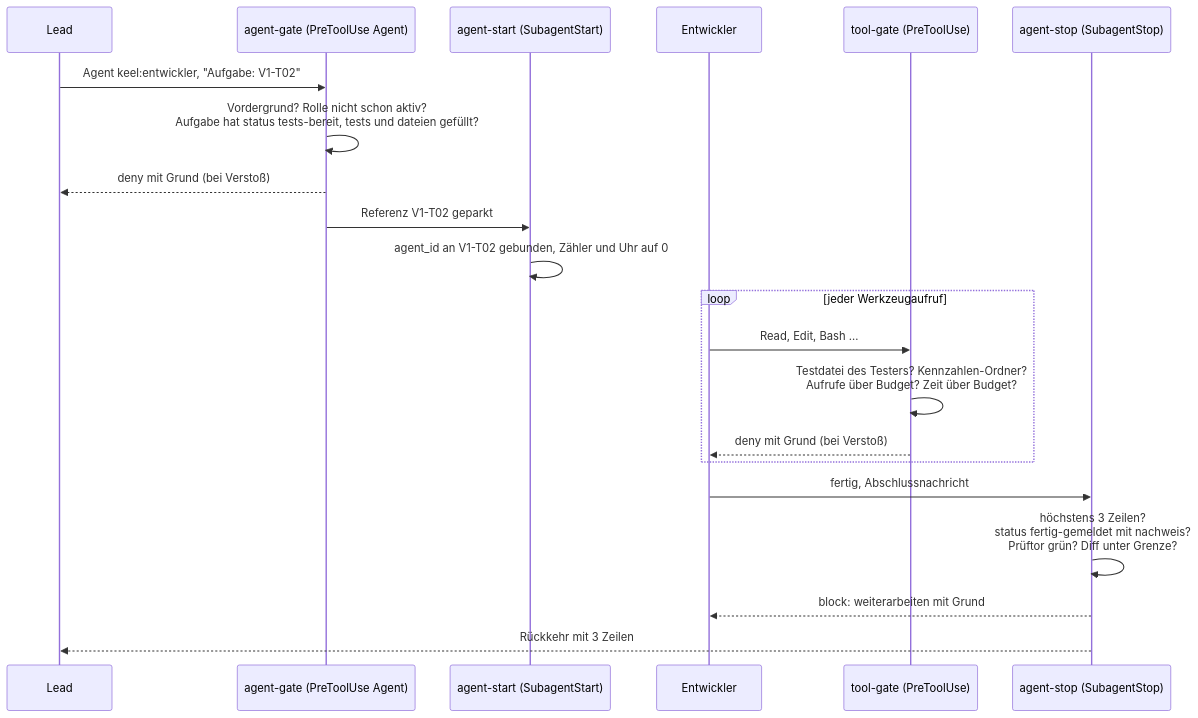
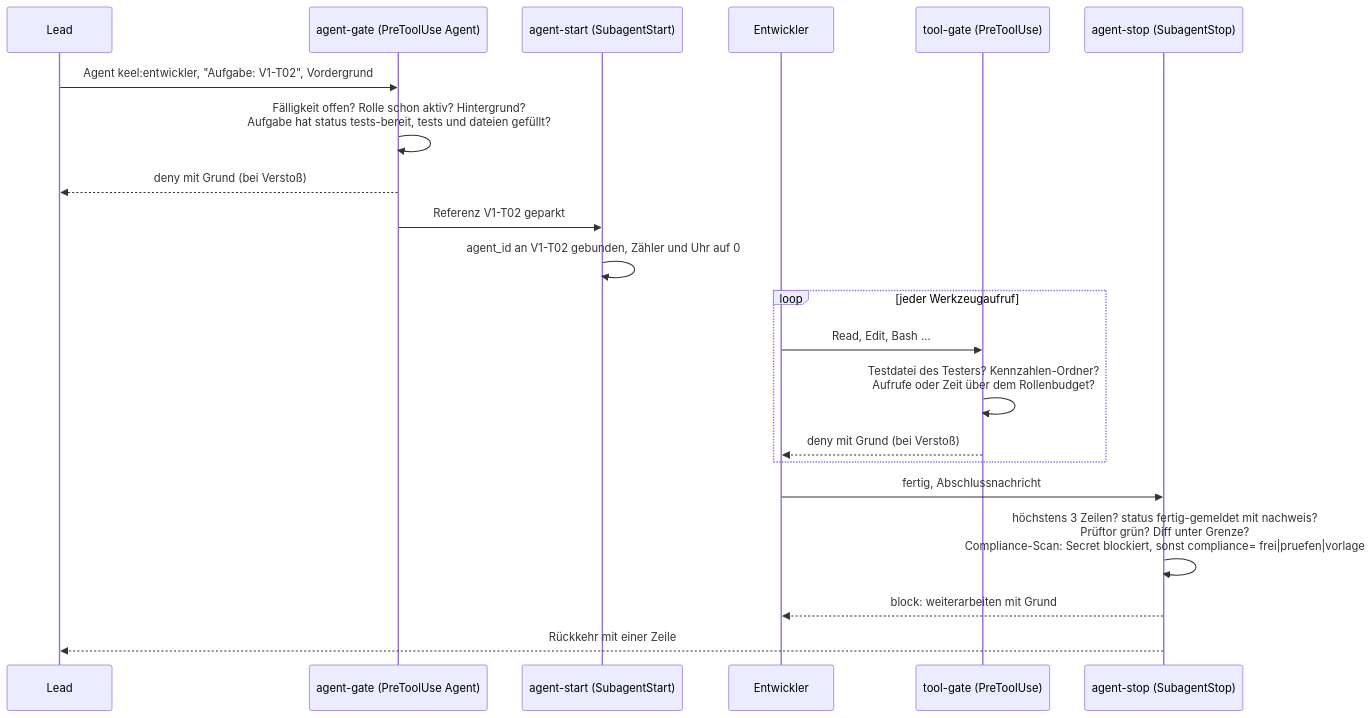
Before and after one commit to xXExceptionXx/keel: the sixth of 7 diagrams in docs/system.md, drawn with Mermaid. The commit also changed other lines of this file and 10 other files, not shown here.

First line of the commit message:
Review pass: docs and diagrams for 0.9, dead ends closed

````diff
--- a/docs/system.md
+++ b/docs/system.md
@@ -114,24 +157,24 @@
 ```mermaid
 sequenceDiagram
     participant L as Lead
     participant G as agent-gate (PreToolUse Agent)
     participant S as agent-start (SubagentStart)
     participant D as Entwickler
     participant T as tool-gate (PreToolUse)
     participant E as agent-stop (SubagentStop)
 
-    L->>G: Agent keel:entwickler, "Aufgabe: V1-T02"
-    G->>G: Vordergrund? Rolle nicht schon aktiv?<br/>Aufgabe hat status tests-bereit, tests und dateien gefüllt?
+    L->>G: Agent keel:entwickler, "Aufgabe: V1-T02", Vordergrund
+    G->>G: Fälligkeit offen? Rolle schon aktiv? Hintergrund?<br/>Aufgabe hat status tests-bereit, tests und dateien gefüllt?
     G-->>L: deny mit Grund (bei Verstoß)
     G->>S: Referenz V1-T02 geparkt
     S->>S: agent_id an V1-T02 gebunden, Zähler und Uhr auf 0
     loop jeder Werkzeugaufruf
         D->>T: Read, Edit, Bash …
-        T->>T: Testdatei des Testers? Kennzahlen-Ordner?<br/>Aufrufe über Budget? Zeit über Budget?
+        T->>T: Testdatei des Testers? Kennzahlen-Ordner?<br/>Aufrufe oder Zeit über dem Rollenbudget?
         T-->>D: deny mit Grund (bei Verstoß)
     end
     D->>E: fertig, Abschlussnachricht
-    E->>E: höchstens 3 Zeilen?<br/>status fertig-gemeldet mit nachweis?<br/>Prüftor grün? Diff unter Grenze?
+    E->>E: höchstens 3 Zeilen? status fertig-gemeldet mit nachweis?<br/>Prüftor grün? Diff unter Grenze?<br/>Compliance-Scan: Secret blockiert, sonst compliance= frei|pruefen|vorlage
     E-->>D: block: weiterarbeiten mit Grund
-    E-->>L: Rückkehr mit 3 Zeilen
+    E-->>L: Rückkehr mit einer Zeile
 ```
````
